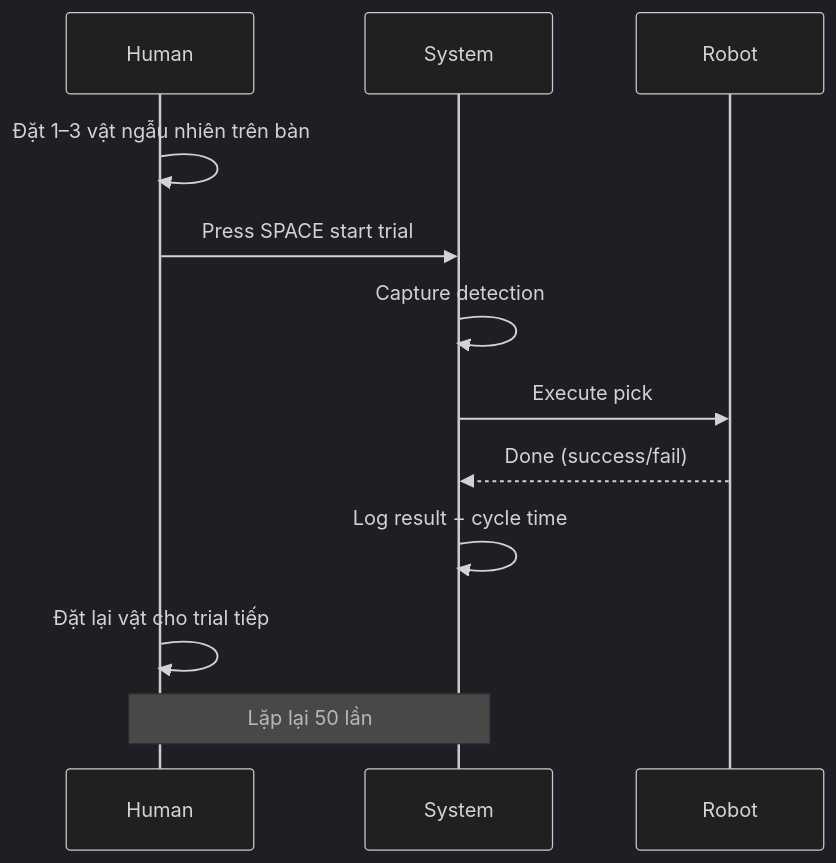
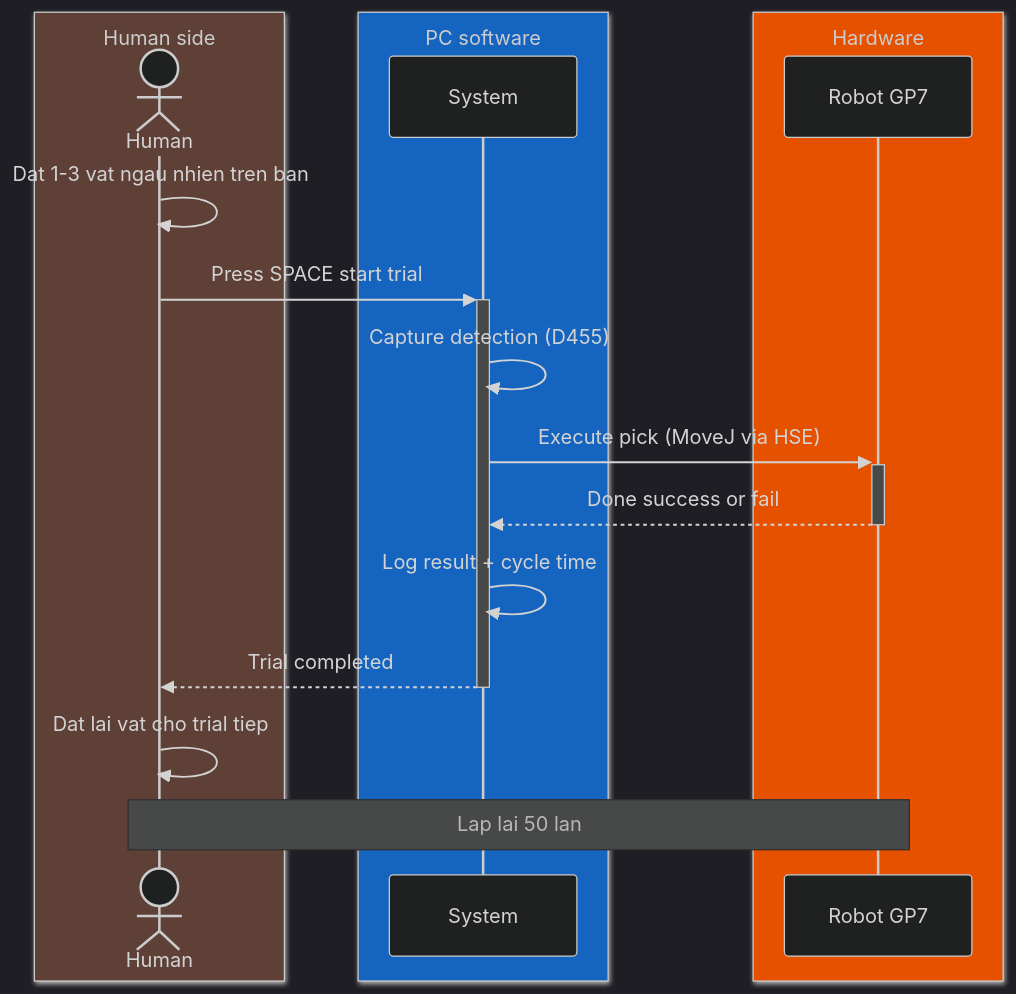
Before and after one commit to manhhv87/DTwinGP7: the ninth of 10 diagrams in docs/phat_bieu_bai_toan_v3_2_HD.md, drawn with Mermaid. The commit also changed other lines of this file, not shown here.

First line of the commit message:
docs: them mau cho sequence diagram va gantt chart

````diff
--- a/docs/phat_bieu_bai_toan_v3_2_HD.md
+++ b/docs/phat_bieu_bai_toan_v3_2_HD.md
@@ -880,16 +880,23 @@
 ```mermaid
 %%{init: {'theme':'dark'}}%%
 sequenceDiagram
-    participant H as Human
-    participant S as System
-    participant R as Robot
-    
-    H->>H: Đặt 1–3 vật ngẫu nhiên trên bàn
-    H->>S: Press SPACE start trial
-    S->>S: Capture detection
-    S->>R: Execute pick
-    R-->>S: Done (success/fail)
+    box rgb(94, 64, 55) Human side
+        actor H as Human
+    end
+    box rgb(21, 101, 192) PC software
+        participant S as System
+    end
+    box rgb(230, 81, 0) Hardware
+        participant R as Robot GP7
+    end
+
+    H->>H: Dat 1-3 vat ngau nhien tren ban
+    H->>+S: Press SPACE start trial
+    S->>S: Capture detection (D455)
+    S->>+R: Execute pick (MoveJ via HSE)
+    R-->>-S: Done success or fail
     S->>S: Log result + cycle time
-    H->>H: Đặt lại vật cho trial tiếp
-    Note over H,S: Lặp lại 50 lần
+    S-->>-H: Trial completed
+    H->>H: Dat lai vat cho trial tiep
+    Note over H,R: Lap lai 50 lan
 ```
````
